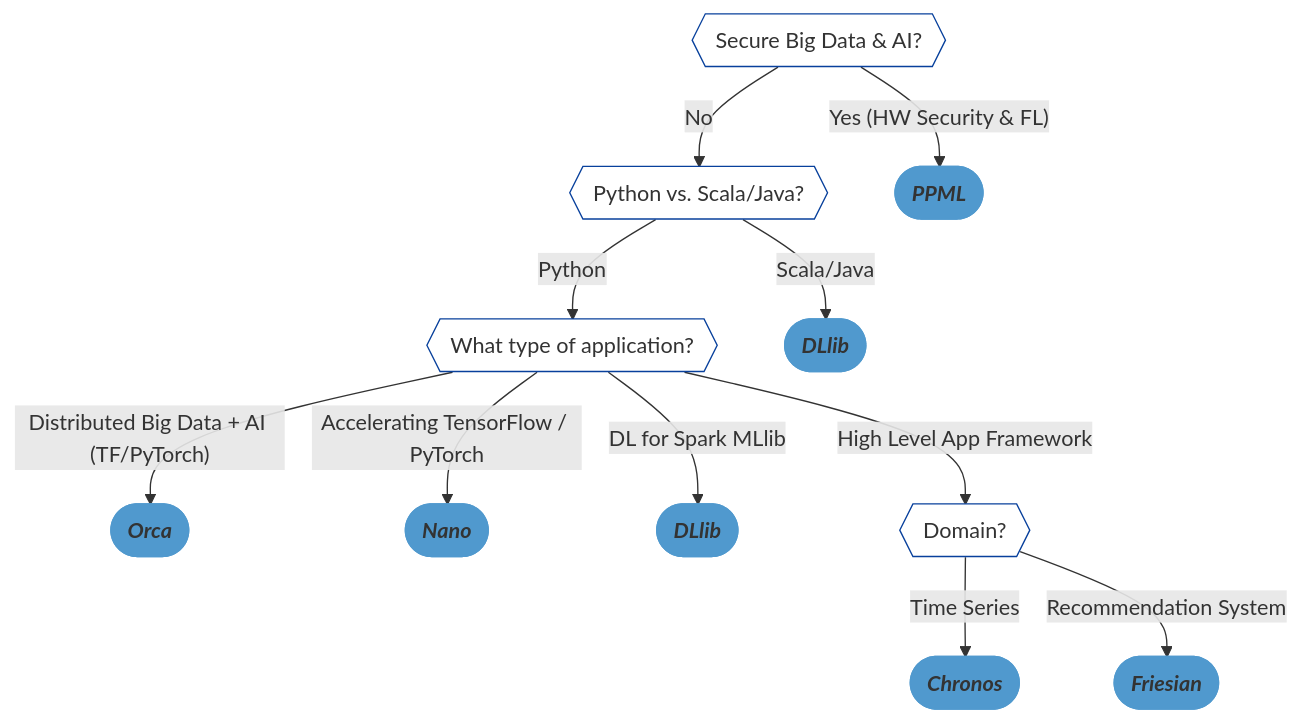
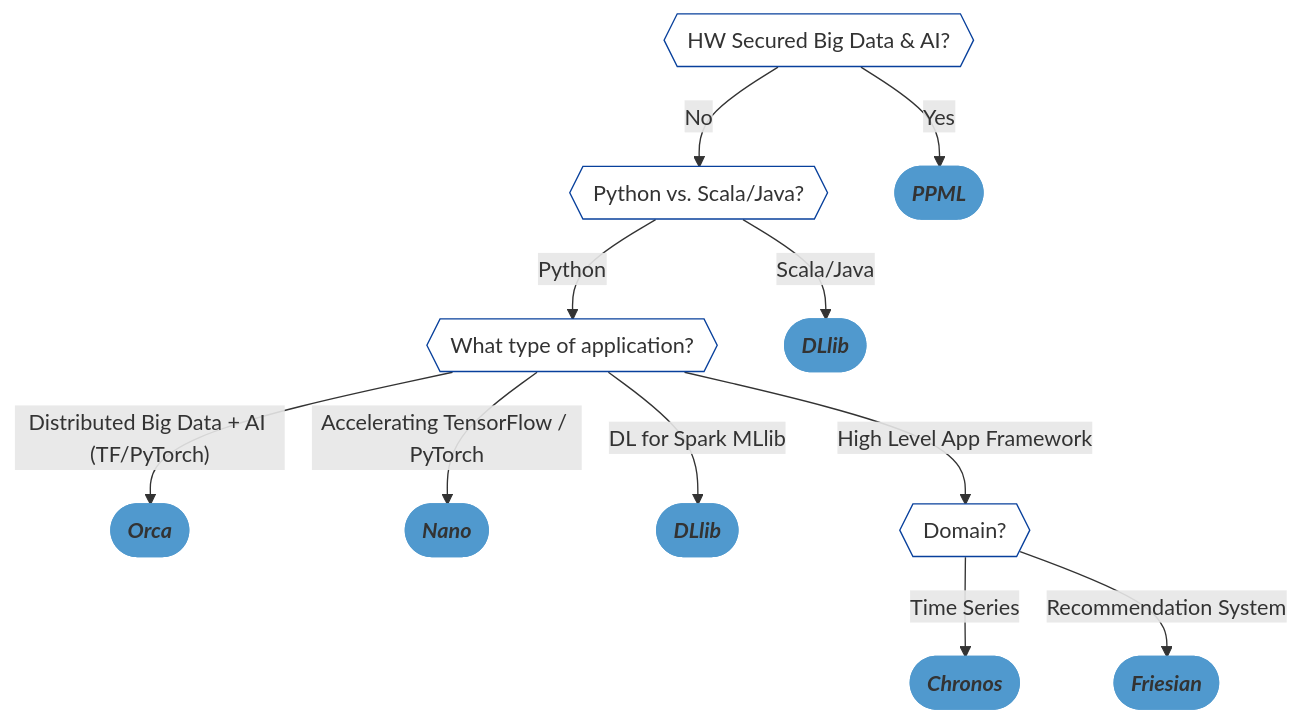
One commit to intel-analytics/ipex-llm changed the diagram in README.md. Above: the diagram before and after it, drawn with Mermaid.

````diff
--- a/README.md
+++ b/README.md
@@ -30,28 +30,28 @@
 ```mermaid
 flowchart TD;
-    Feature1{{Secure Big Data & AI?}};
+    Feature1{{HW Secured Big Data & AI?}};
     Feature1-- No -->Feature2{{Python vs. Scala/Java?}};
-    Feature1-- "Yes (HW Security & FL)"  -->ReferPPML([<em><strong>PPML</strong></em>]);
+    Feature1-- "Yes"  -->ReferPPML([<em><strong>PPML</strong></em>]);
     Feature2-- Python -->Feature3{{What type of application?}};
     Feature2-- Scala/Java -->ReferDLlib([<em><strong>DLlib</strong></em>]);
     Feature3-- "Distributed Big Data + AI (TF/PyTorch)" -->ReferOrca([<em><strong>Orca</strong></em>]);
     Feature3-- Accelerating TensorFlow / PyTorch -->ReferNano([<em><strong>Nano</strong></em>]);
     Feature3-- DL for Spark MLlib -->ReferDLlib2([<em><strong>DLlib</strong></em>]);
     Feature3-- High Level App Framework -->Feature4{{Domain?}};
     Feature4-- Time Series -->ReferChronos([<em><strong>Chronos</strong></em>]);
     Feature4-- Recommendation System -->ReferFriesian([<em><strong>Friesian</strong></em>]);
     
     click ReferNano "https://github.com/jason-dai/BigDL/tree/readme#nano"
     click ReferOrca "https://github.com/jason-dai/BigDL/tree/readme#orca"
     click ReferDLlib "https://github.com/jason-dai/BigDL/tree/readme#dllib"
     click ReferDLlib2 "https://github.com/jason-dai/BigDL/tree/readme#dllib"
     click ReferChronos "https://github.com/jason-dai/BigDL/tree/readme#chronos"
     click ReferFriesian "https://github.com/jason-dai/BigDL/tree/readme#friesian"
     click ReferPPML "https://github.com/jason-dai/BigDL/tree/readme#ppml"
     
     classDef ReferStyle1 fill:#5099ce,stroke:#5099ce;
     classDef Feature fill:#FFF,stroke:#08409c,stroke-width:1px;
     class ReferNano,ReferOrca,ReferDLlib,ReferDLlib2,ReferChronos,ReferFriesian,ReferPPML ReferStyle1;
     class Feature1,Feature2,Feature3,Feature4,Feature5,Feature6,Feature7 Feature;
     
 ```
````
